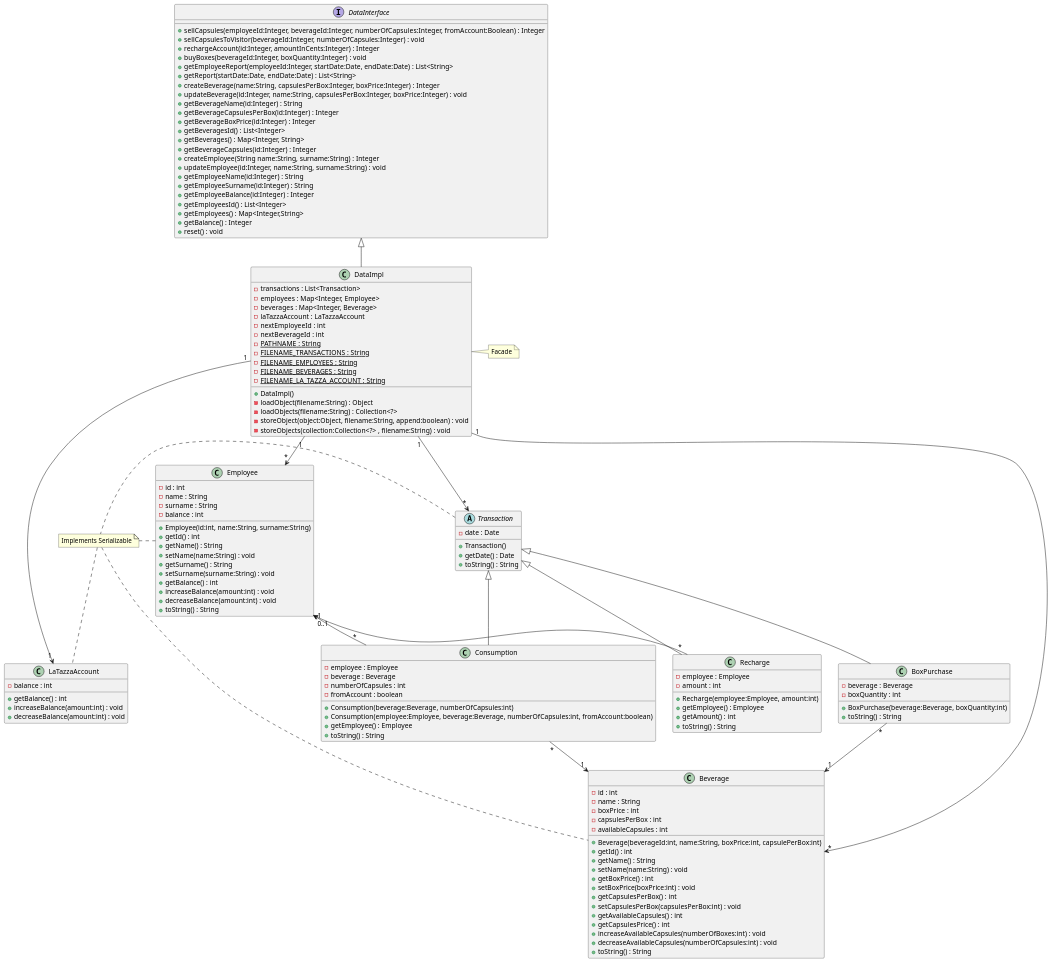
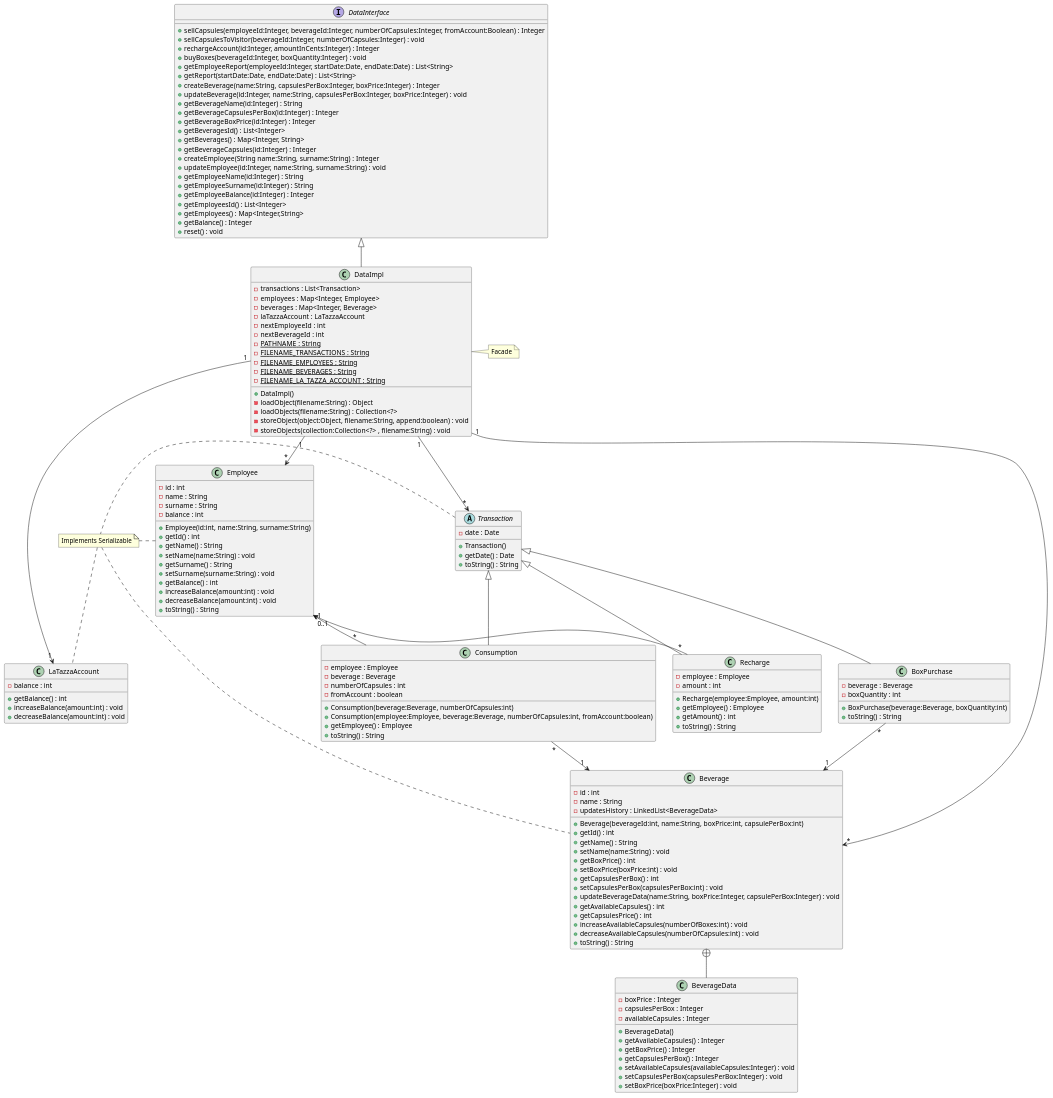
Before and after one commit to eloparco/LaTazza: the third of 6 diagrams in design_document.md, drawn with PlantUML.

Commit message:
Add 'BeverageData' inner class in Design Document

```diff
--- a/design_document.md
+++ b/design_document.md
@@ -67,6 +67,7 @@
 Transaction <|-- Recharge
 Transaction <|-- Consumption
 Transaction <|-- BoxPurchase
+Beverage +-- BeverageData
 
 DataImpl "1" --> "*" Transaction
 DataImpl "1" -> "1" LaTazzaAccount
@@ -120,9 +121,7 @@
 
 Beverage : -id : int
 Beverage : -name : String
-Beverage : -boxPrice : int
-Beverage : -capsulesPerBox : int
-Beverage : -availableCapsules : int
+Beverage : -updatesHistory : LinkedList<BeverageData>
 Beverage : +Beverage(beverageId:int, name:String, boxPrice:int, capsulePerBox:int)
 Beverage : +getId() : int
 Beverage : +getName() : String
@@ -131,11 +130,23 @@
 Beverage : +setBoxPrice(boxPrice:int) : void
 Beverage : +getCapsulesPerBox() : int
 Beverage : +setCapsulesPerBox(capsulesPerBox:int) : void
+Beverage : +updateBeverageData(name:String, boxPrice:Integer, capsulePerBox:Integer) : void
 Beverage : +getAvailableCapsules() : int
 Beverage : +getCapsulesPrice() : int
 Beverage : +increaseAvailableCapsules(numberOfBoxes:int) : void
 Beverage : +decreaseAvailableCapsules(numberOfCapsules:int) : void
 Beverage : +toString() : String
+
+BeverageData : -boxPrice : Integer
+BeverageData : -capsulesPerBox : Integer
+BeverageData : -availableCapsules : Integer
+BeverageData : +BeverageData()
+BeverageData : +getAvailableCapsules() : Integer
+BeverageData : +getBoxPrice() : Integer
+BeverageData : +getCapsulesPerBox() : Integer
+BeverageData : +setAvailableCapsules(availableCapsules:Integer) : void
+BeverageData : +setCapsulesPerBox(capsulesPerBox:Integer) : void
+BeverageData : +setBoxPrice(boxPrice:Integer) : void
 
 LaTazzaAccount : -balance : int
 LaTazzaAccount : +getBalance() : int
```
